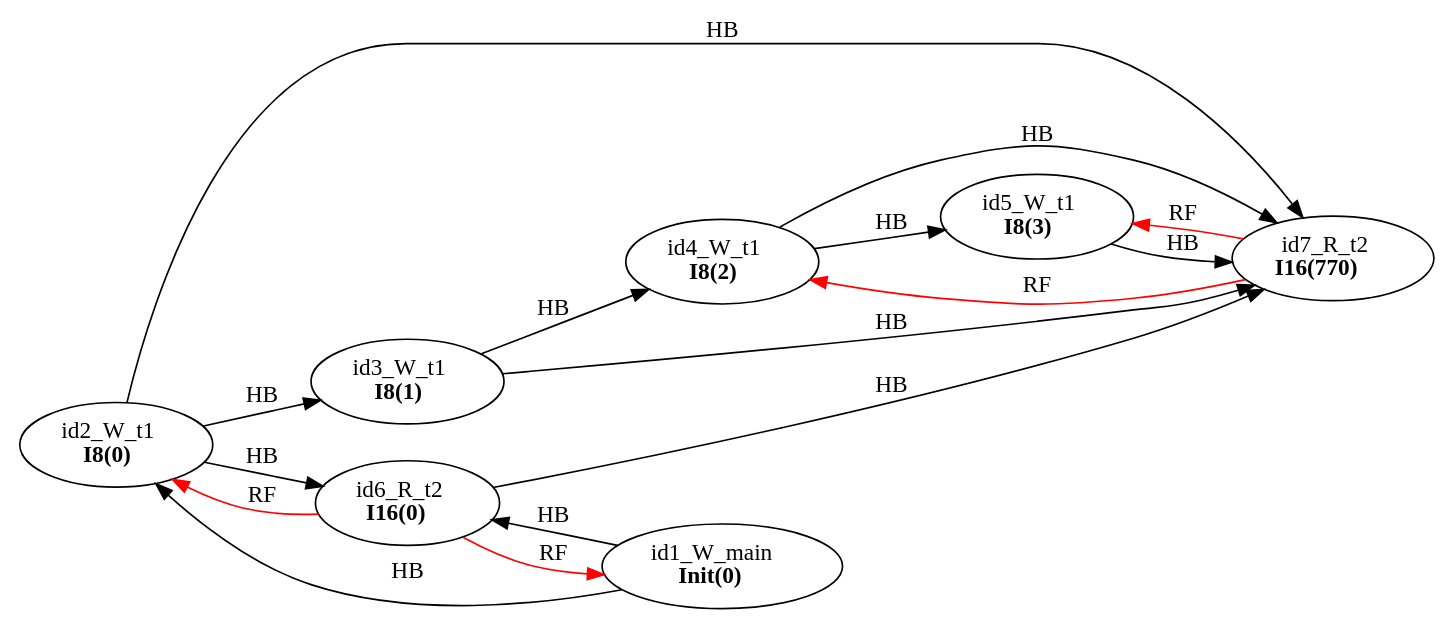
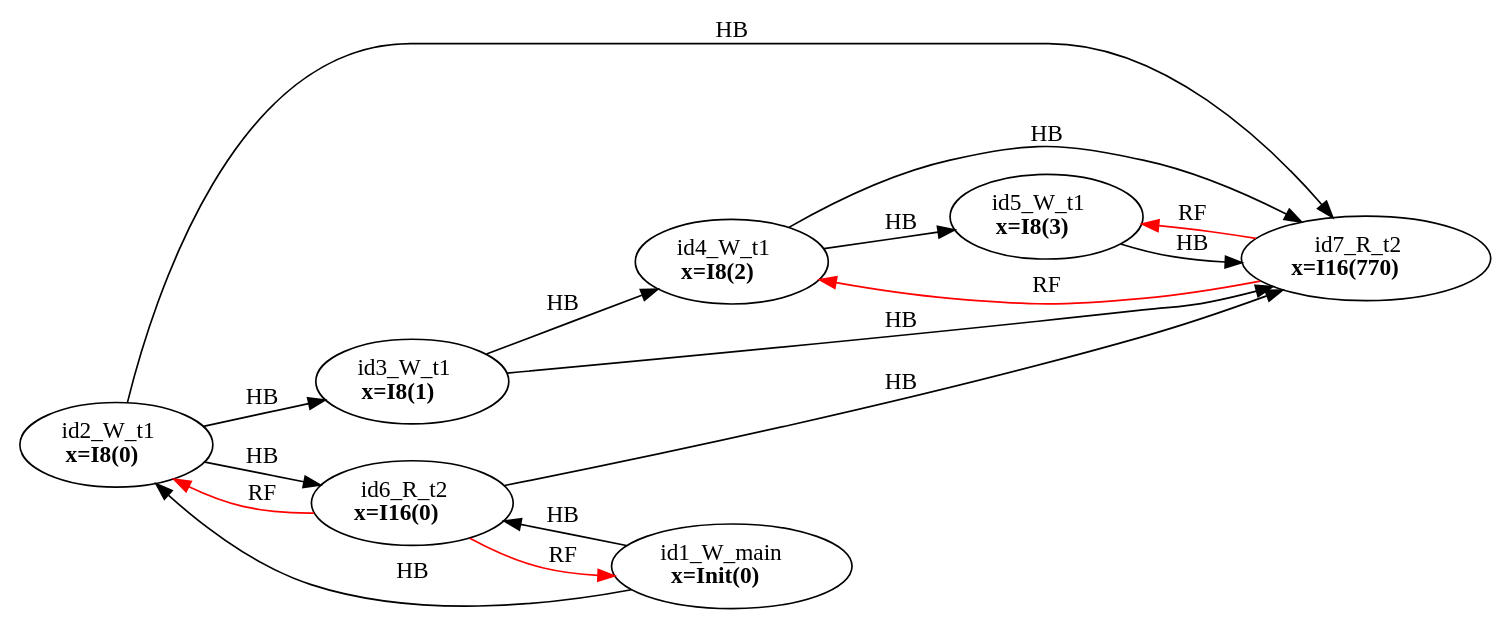
One commit to FMJS/EMME changed the diagram in examples/single_var/sv_simple18/mm8.dot. Above: the diagram before and after it, drawn with Graphviz. The commit also changed 257 other files, not shown here.

```diff
--- a/examples/single_var/sv_simple18/mm8.dot
+++ b/examples/single_var/sv_simple18/mm8.dot
@@ -1,26 +1,26 @@
 digraph memory_model {
 rankdir=LR;
 splines=true; esep=0.5;
 id2_W_t1 -> id3_W_t1 [label = "HB", color="black"];
 id3_W_t1 -> id4_W_t1 [label = "HB", color="black"];
 id4_W_t1 -> id5_W_t1 [label = "HB", color="black"];
 id6_R_t2 -> id7_R_t2 [label = "HB", color="black"];
 id1_W_main -> id2_W_t1 [label = "HB", color="black"];
 id1_W_main -> id6_R_t2 [label = "HB", color="black"];
 id2_W_t1 -> id6_R_t2 [label = "HB", color="black"];
 id2_W_t1 -> id7_R_t2 [label = "HB", color="black"];
 id3_W_t1 -> id7_R_t2 [label = "HB", color="black"];
 id4_W_t1 -> id7_R_t2 [label = "HB", color="black"];
 id5_W_t1 -> id7_R_t2 [label = "HB", color="black"];
 id6_R_t2 -> id1_W_main [label = "RF", color="red"];
 id6_R_t2 -> id2_W_t1 [label = "RF", color="red"];
 id7_R_t2 -> id4_W_t1 [label = "RF", color="red"];
 id7_R_t2 -> id5_W_t1 [label = "RF", color="red"];
-id1_W_main [label=<id1_W_main<br/><B>Init(0)</B>>, pos="2.5,8!"]
-id2_W_t1 [label=<id2_W_t1<br/><B>I8(0)</B>>, pos="0,6!"]
-id3_W_t1 [label=<id3_W_t1<br/><B>I8(1)</B>>, pos="0,4!"]
-id4_W_t1 [label=<id4_W_t1<br/><B>I8(2)</B>>, pos="0,2!"]
-id5_W_t1 [label=<id5_W_t1<br/><B>I8(3)</B>>, pos="0,0!"]
-id6_R_t2 [label=<id6_R_t2<br/><B>I16(0)</B>>, pos="5,6!"]
-id7_R_t2 [label=<id7_R_t2<br/><B>I16(770)</B>>, pos="5,4!"]
+id1_W_main [label=<id1_W_main<br/><B>x=Init(0)</B>>, pos="2.5,8!"]
+id2_W_t1 [label=<id2_W_t1<br/><B>x=I8(0)</B>>, pos="0,6!"]
+id3_W_t1 [label=<id3_W_t1<br/><B>x=I8(1)</B>>, pos="0,4!"]
+id4_W_t1 [label=<id4_W_t1<br/><B>x=I8(2)</B>>, pos="0,2!"]
+id5_W_t1 [label=<id5_W_t1<br/><B>x=I8(3)</B>>, pos="0,0!"]
+id6_R_t2 [label=<id6_R_t2<br/><B>x=I16(0)</B>>, pos="5,6!"]
+id7_R_t2 [label=<id7_R_t2<br/><B>x=I16(770)</B>>, pos="5,4!"]
 }
```
